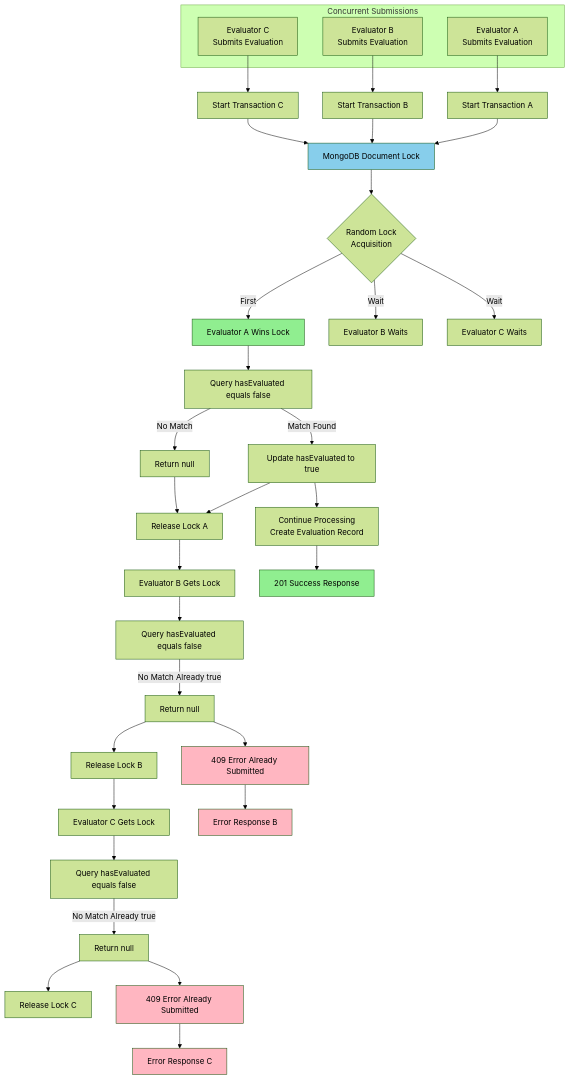
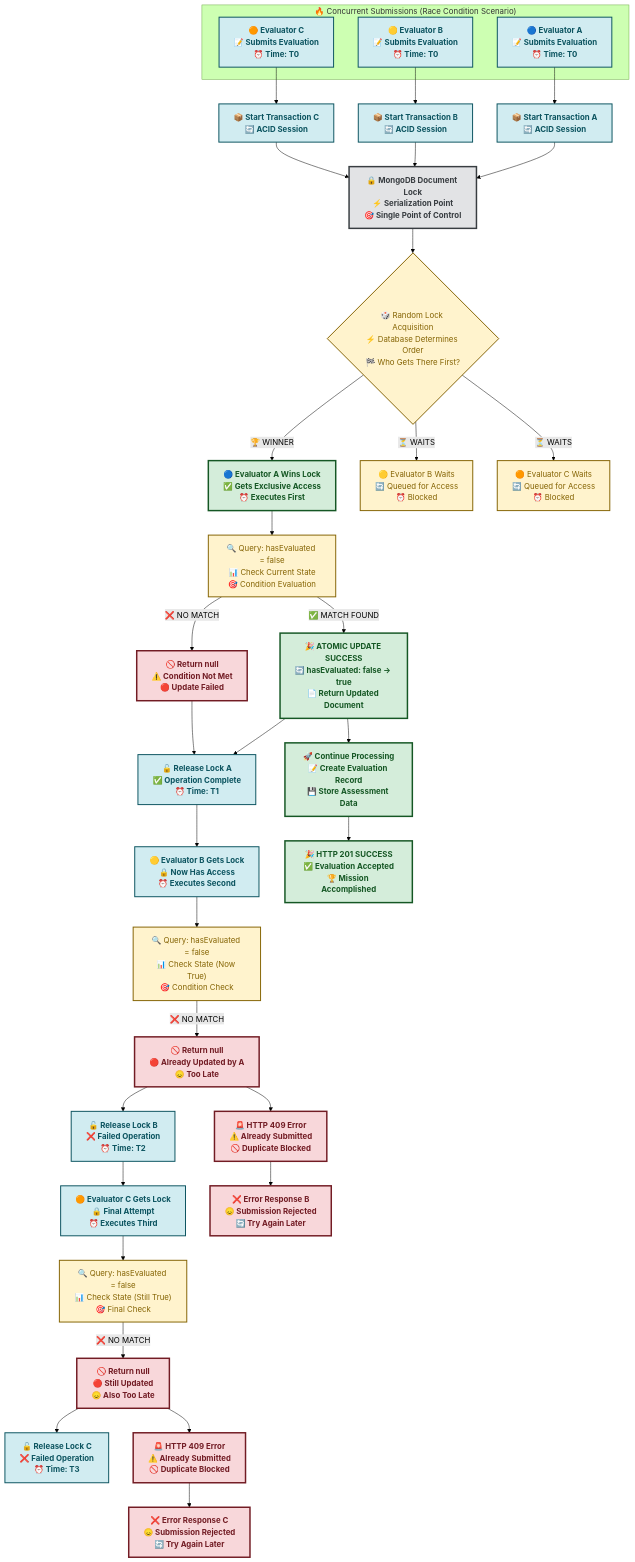
The second of 7 diagrams in Concurrent-Evaluation-Handling-Analysis.md (nikeshgamal24/College-Project-Management-System), drawn with Mermaid (forest theme) before and after one commit. The commit also changed other lines of this file, not shown here.

Commit message:
concurrent-evaluation-submission markdown file issue handle

````diff
--- a/Concurrent-Evaluation-Handling-Analysis.md
+++ b/Concurrent-Evaluation-Handling-Analysis.md
@@ -118,57 +124,61 @@
 ```mermaid
 flowchart TD
-    subgraph CS ["Concurrent Submissions"]
-        EA[Evaluator A<br/>Submits Evaluation]
-        EB[Evaluator B<br/>Submits Evaluation]
-        EC[Evaluator C<br/>Submits Evaluation]
+    subgraph CS ["🔥 Concurrent Submissions (Race Condition Scenario)"]
+        EA["🔵 Evaluator A<br/>📝 Submits Evaluation<br/>⏰ Time: T0"]
+        EB["🟡 Evaluator B<br/>📝 Submits Evaluation<br/>⏰ Time: T0"]
+        EC["🟠 Evaluator C<br/>📝 Submits Evaluation<br/>⏰ Time: T0"]
     end
     
-    EA --> TX1[Start Transaction A]
-    EB --> TX2[Start Transaction B]  
-    EC --> TX3[Start Transaction C]
+    EA --> TX1["📦 Start Transaction A<br/>🔄 ACID Session"]
+    EB --> TX2["📦 Start Transaction B<br/>🔄 ACID Session"]  
+    EC --> TX3["📦 Start Transaction C<br/>🔄 ACID Session"]
     
-    TX1 --> LOCK[MongoDB Document Lock]
+    TX1 --> LOCK["🔒 MongoDB Document Lock<br/>⚡ Serialization Point<br/>🎯 Single Point of Control"]
     TX2 --> LOCK
     TX3 --> LOCK
     
-    LOCK --> WINNER{Random Lock<br/>Acquisition}
+    LOCK --> WINNER{"🎲 Random Lock Acquisition<br/>⚡ Database Determines Order<br/>🏁 Who Gets There First?"}
     
-    WINNER -->|First| WA[Evaluator A Wins Lock]
-    WINNER -->|Wait| WB[Evaluator B Waits]
-    WINNER -->|Wait| WC[Evaluator C Waits]
+    WINNER -->|"🏆 WINNER"| WA["🔵 Evaluator A Wins Lock<br/>✅ Gets Exclusive Access<br/>⏰ Executes First"]
+    WINNER -->|"⏳ WAITS"| WB["🟡 Evaluator B Waits<br/>🔄 Queued for Access<br/>⏰ Blocked"]
+    WINNER -->|"⏳ WAITS"| WC["🟠 Evaluator C Waits<br/>🔄 Queued for Access<br/>⏰ Blocked"]
     
-    WA --> QA[Query hasEvaluated equals false]
-    QA -->|Match Found| UA[Update hasEvaluated to true]
-    QA -->|No Match| NA[Return null]
+    WA --> QA["🔍 Query: hasEvaluated = false<br/>📊 Check Current State<br/>🎯 Condition Evaluation"]
+    QA -->|"✅ MATCH FOUND"| UA["🎉 ATOMIC UPDATE SUCCESS<br/>🔄 hasEvaluated: false → true<br/>📄 Return Updated Document"]
+    QA -->|"❌ NO MATCH"| NA["🚫 Return null<br/>⚠️ Condition Not Met<br/>🔴 Update Failed"]
     
-    UA --> RA[Release Lock A]
+    UA --> RA["🔓 Release Lock A<br/>✅ Operation Complete<br/>⏰ Time: T1"]
     NA --> RA
     
-    RA --> WB2[Evaluator B Gets Lock]
-    WB2 --> QB[Query hasEvaluated equals false]
-    QB -->|No Match Already true| NB[Return null]
+    RA --> WB2["🟡 Evaluator B Gets Lock<br/>🔒 Now Has Access<br/>⏰ Executes Second"]
+    WB2 --> QB["🔍 Query: hasEvaluated = false<br/>📊 Check State (Now True)<br/>🎯 Condition Check"]
+    QB -->|"❌ NO MATCH"| NB["🚫 Return null<br/>🔴 Already Updated by A<br/>😞 Too Late"]
     
-    NB --> RB[Release Lock B]
-    RB --> WC2[Evaluator C Gets Lock]
+    NB --> RB["🔓 Release Lock B<br/>❌ Failed Operation<br/>⏰ Time: T2"]
+    RB --> WC2["🟠 Evaluator C Gets Lock<br/>🔒 Final Attempt<br/>⏰ Executes Third"]
     
-    WC2 --> QC[Query hasEvaluated equals false]
-    QC -->|No Match Already true| NC[Return null]
+    WC2 --> QC["🔍 Query: hasEvaluated = false<br/>📊 Check State (Still True)<br/>🎯 Final Check"]
+    QC -->|"❌ NO MATCH"| NC["🚫 Return null<br/>🔴 Still Updated<br/>😞 Also Too Late"]
     
-    NC --> RC[Release Lock C]
+    NC --> RC["🔓 Release Lock C<br/>❌ Failed Operation<br/>⏰ Time: T3"]
     
-    UA --> PROCEED[Continue Processing<br/>Create Evaluation Record]
-    NB --> ERR_B[409 Error Already Submitted]
-    NC --> ERR_C[409 Error Already Submitted]
+    UA --> PROCEED["🚀 Continue Processing<br/>📝 Create Evaluation Record<br/>💾 Store Assessment Data"]
+    NB --> ERR_B["🚨 HTTP 409 Error<br/>⚠️ Already Submitted<br/>🚫 Duplicate Blocked"]
+    NC --> ERR_C["🚨 HTTP 409 Error<br/>⚠️ Already Submitted<br/>🚫 Duplicate Blocked"]
     
-    PROCEED --> SUCCESS[201 Success Response]
-    ERR_B --> FAIL_B[Error Response B]
-    ERR_C --> FAIL_C[Error Response C]
-    
-    style WA fill:#90EE90
-    style SUCCESS fill:#90EE90
-    style ERR_B fill:#FFB6C1
-    style ERR_C fill:#FFB6C1
-    style FAIL_B fill:#FFB6C1
-    style FAIL_C fill:#FFB6C1
-    style LOCK fill:#87CEEB
+    PROCEED --> SUCCESS["🎉 HTTP 201 SUCCESS<br/>✅ Evaluation Accepted<br/>🏆 Mission Accomplished"]
+    ERR_B --> FAIL_B["❌ Error Response B<br/>😞 Submission Rejected<br/>🔄 Try Again Later"]
+    ERR_C --> FAIL_C["❌ Error Response C<br/>😞 Submission Rejected<br/>🔄 Try Again Later"]
+
+    classDef winnerPath fill:#d4edda,stroke:#155724,stroke-width:3px,color:#155724,font-weight:bold
+    classDef loserPath fill:#f8d7da,stroke:#721c24,stroke-width:3px,color:#721c24,font-weight:bold
+    classDef processPath fill:#d1ecf1,stroke:#0c5460,stroke-width:2px,color:#0c5460,font-weight:bold
+    classDef lockPath fill:#e2e3e5,stroke:#383d41,stroke-width:3px,color:#383d41,font-weight:bold
+    classDef waitPath fill:#fff3cd,stroke:#856404,stroke-width:2px,color:#856404
+
+    class WA,UA,PROCEED,SUCCESS winnerPath
+    class NB,NC,ERR_B,ERR_C,FAIL_B,FAIL_C,NA loserPath
+    class EA,EB,EC,TX1,TX2,TX3,RA,RB,RC,WB2,WC2 processPath
+    class LOCK lockPath
+    class WB,WC,WINNER,QA,QB,QC waitPath
 ```
````
